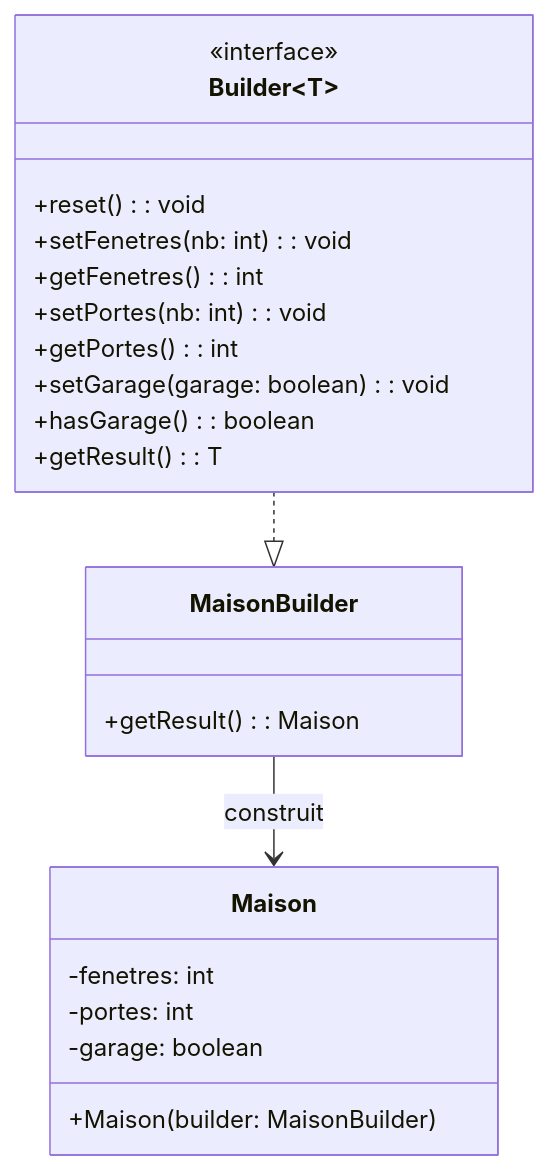
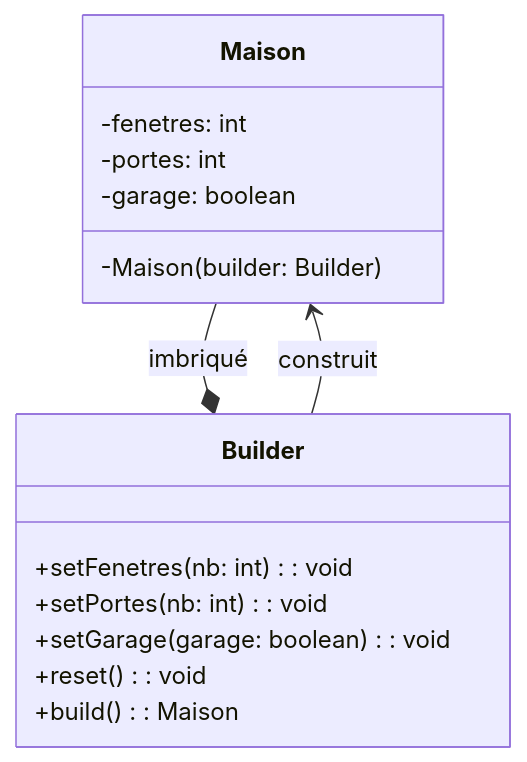
Before and after one commit to ophenix-maisonneuve/420-930-ma-site-web: the diagram in _notes/patterns/creation/pattern-builder.md, drawn with Mermaid. The commit also changed other lines of this file, not shown here.

Commit message:
changement de version du patron Builder à enseigner

````diff
--- a/_notes/patterns/creation/pattern-builder.md
+++ b/_notes/patterns/creation/pattern-builder.md
@@ -48,28 +42,20 @@
 ```mermaid
 classDiagram
 class Maison {
   -fenetres: int
   -portes: int
   -garage: boolean
-  +Maison(builder: MaisonBuilder)
+  -Maison(builder: Builder)
 }
 
-class Builder~T~ {
-  <<interface>>
+class Builder {
+  +setFenetres(nb: int): void
+  +setPortes(nb: int): void
+  +setGarage(garage: boolean): void
   +reset(): void
-  +setFenetres(nb: int): void
-  +getFenetres(): int
-  +setPortes(nb: int): void
-  +getPortes(): int
-  +setGarage(garage: boolean): void
-  +hasGarage(): boolean
-  +getResult(): T
+  +build(): Maison
 }
 
-class MaisonBuilder {
-  +getResult(): Maison
-}
-
-Builder ..|> MaisonBuilder
-MaisonBuilder --> Maison : construit
+Maison --* Builder : imbriqué
+Builder --> Maison : construit
 ```
````
